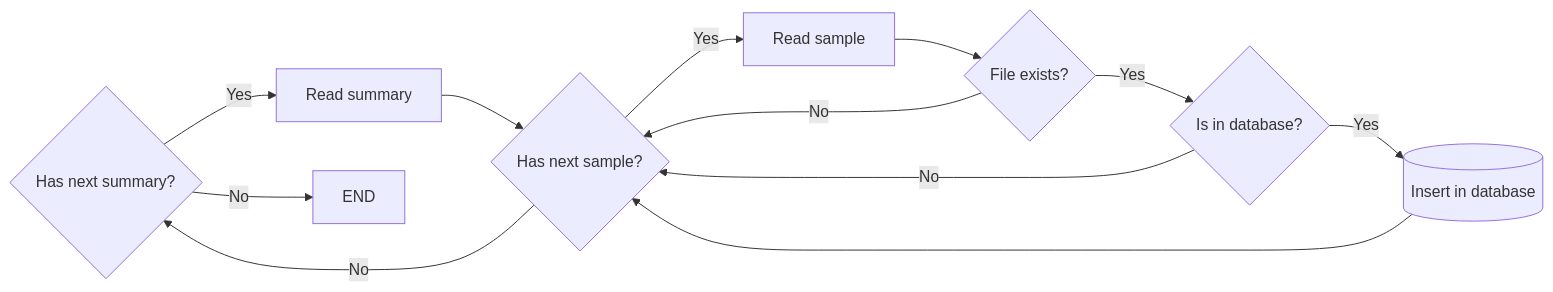
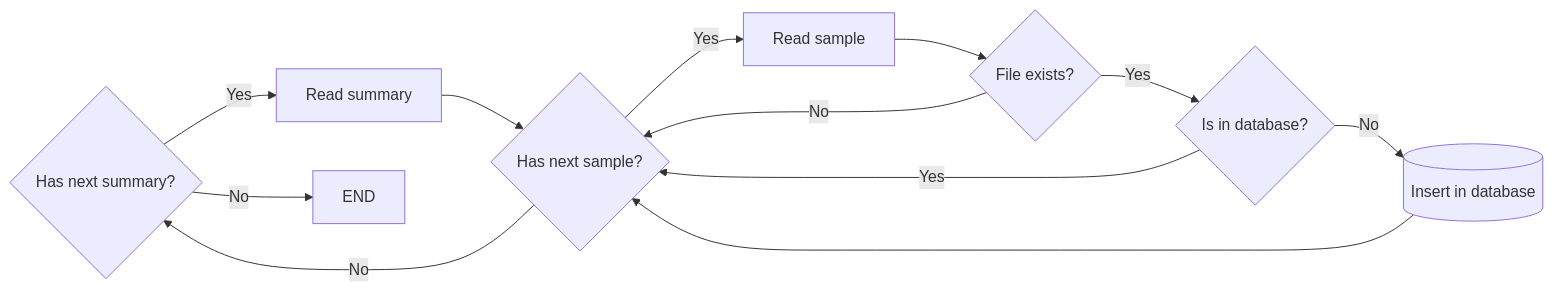
Before and after one commit to luizantoniona/eeg-epileptic-seizure-detection: the first of 7 diagrams in README.md, drawn with Mermaid.

Commit message:
doc: flowchart adjust

````diff
--- a/README.md
+++ b/README.md
@@ -41,14 +41,14 @@
 ```mermaid
    flowchart LR
    A{Has next summary?} -->|Yes| B[Read summary]
    A -->|No| C[END]
    B --> D{Has next sample?}
    D -->|No| A
    D -->|Yes| E[Read sample]
    E --> F{File exists?}
    F -->|No| D
    F -->|Yes| G{Is in database?}
-   G -->|No| D
-   G -->|Yes| H[(Insert in database)]
+   G -->|Yes| D
+   G -->|No| H[(Insert in database)]
    H --> D
 ```
````
